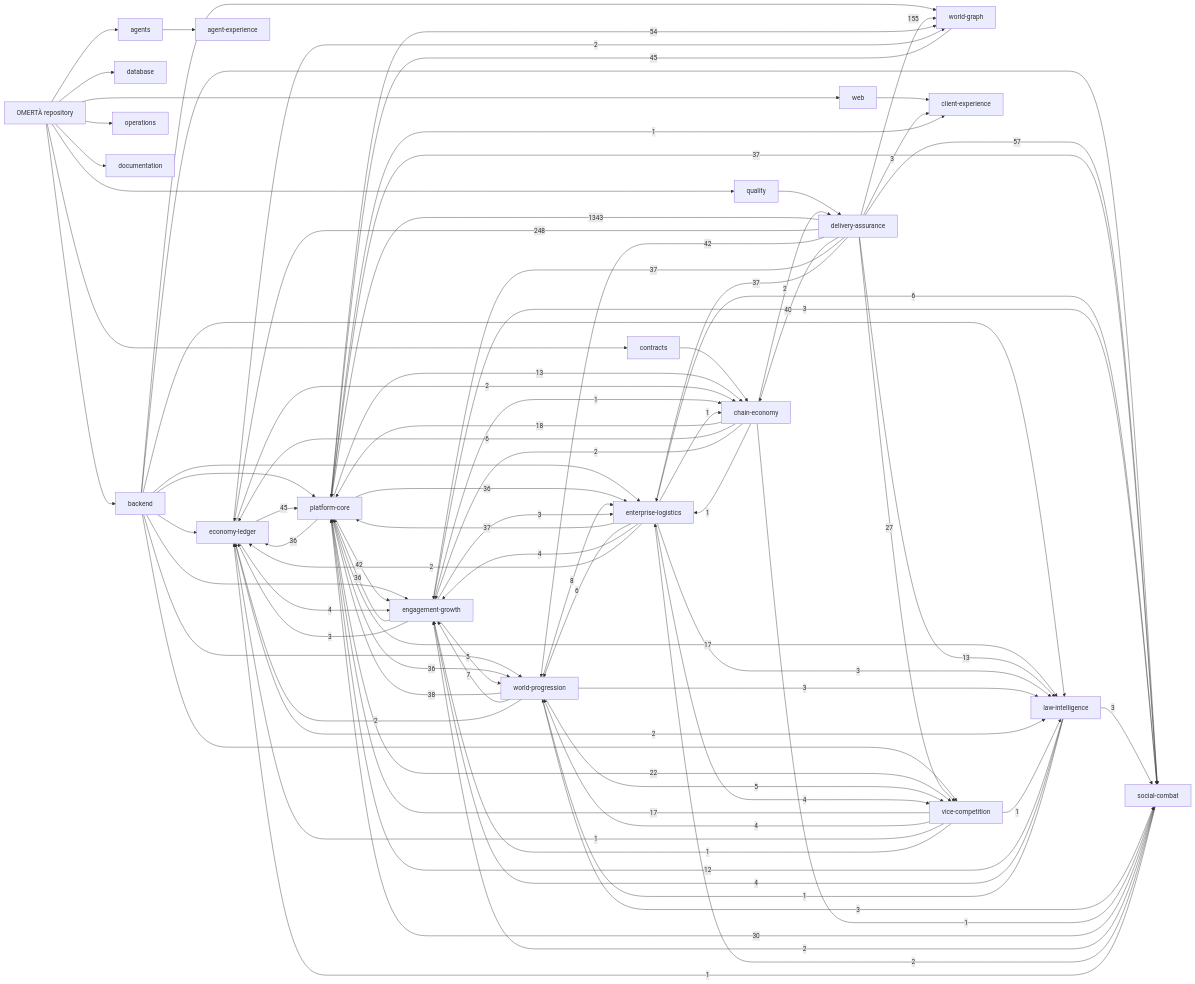
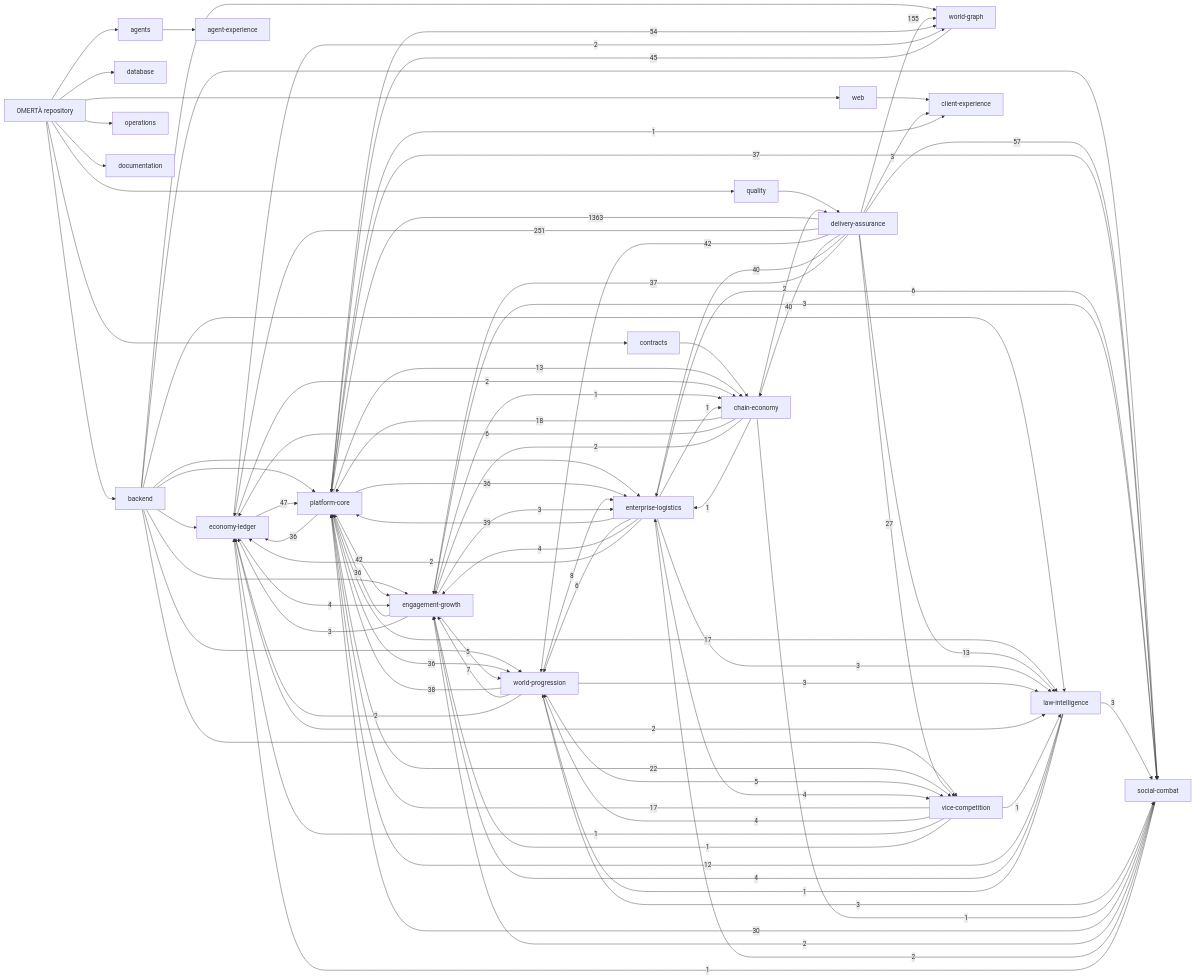
Before and after one commit to OmertaDev/Omerta: the diagram in knowledge/generated/graph.mmd, drawn with Mermaid. The commit also changed 8 other files, not shown here.

```diff
--- a/knowledge/generated/graph.mmd
+++ b/knowledge/generated/graph.mmd
@@ -1,111 +1,111 @@
 flowchart LR
   repo["OMERTÀ repository"]
   sub_backend["backend"]
   repo --> sub_backend
   sub_database["database"]
   repo --> sub_database
   sub_web["web"]
   repo --> sub_web
   sub_contracts["contracts"]
   repo --> sub_contracts
   sub_agents["agents"]
   repo --> sub_agents
   sub_quality["quality"]
   repo --> sub_quality
   sub_operations["operations"]
   repo --> sub_operations
   sub_documentation["documentation"]
   repo --> sub_documentation
   dom_platform-core["platform-core"]
   dom_economy-ledger["economy-ledger"]
   dom_social-combat["social-combat"]
   dom_world-progression["world-progression"]
   dom_world-graph["world-graph"]
   dom_enterprise-logistics["enterprise-logistics"]
   dom_vice-competition["vice-competition"]
   dom_law-intelligence["law-intelligence"]
   dom_chain-economy["chain-economy"]
   dom_engagement-growth["engagement-growth"]
   dom_client-experience["client-experience"]
   dom_agent-experience["agent-experience"]
   dom_delivery-assurance["delivery-assurance"]
   sub_agents --> dom_agent-experience
   sub_backend --> dom_economy-ledger
   sub_backend --> dom_engagement-growth
   sub_backend --> dom_enterprise-logistics
   sub_backend --> dom_law-intelligence
   sub_backend --> dom_platform-core
   sub_backend --> dom_social-combat
   sub_backend --> dom_vice-competition
   sub_backend --> dom_world-graph
   sub_backend --> dom_world-progression
   sub_contracts --> dom_chain-economy
   sub_quality --> dom_delivery-assurance
   sub_web --> dom_client-experience
-  dom_delivery-assurance -->|1343| dom_platform-core
-  dom_delivery-assurance -->|248| dom_economy-ledger
+  dom_delivery-assurance -->|1363| dom_platform-core
+  dom_delivery-assurance -->|251| dom_economy-ledger
   dom_delivery-assurance -->|155| dom_world-graph
   dom_delivery-assurance -->|57| dom_social-combat
   dom_platform-core -->|54| dom_world-graph
-  dom_economy-ledger -->|45| dom_platform-core
+  dom_economy-ledger -->|47| dom_platform-core
   dom_world-graph -->|45| dom_platform-core
   dom_delivery-assurance -->|42| dom_world-progression
   dom_platform-core -->|42| dom_engagement-growth
   dom_delivery-assurance -->|40| dom_chain-economy
+  dom_delivery-assurance -->|40| dom_enterprise-logistics
+  dom_enterprise-logistics -->|39| dom_platform-core
   dom_world-progression -->|38| dom_platform-core
   dom_delivery-assurance -->|37| dom_engagement-growth
-  dom_delivery-assurance -->|37| dom_enterprise-logistics
-  dom_enterprise-logistics -->|37| dom_platform-core
   dom_platform-core -->|37| dom_social-combat
   dom_engagement-growth -->|36| dom_platform-core
   dom_platform-core -->|36| dom_economy-ledger
   dom_platform-core -->|36| dom_enterprise-logistics
   dom_platform-core -->|36| dom_world-progression
   dom_social-combat -->|30| dom_platform-core
   dom_delivery-assurance -->|27| dom_vice-competition
   dom_platform-core -->|22| dom_vice-competition
   dom_chain-economy -->|18| dom_platform-core
   dom_platform-core -->|17| dom_law-intelligence
   dom_vice-competition -->|17| dom_platform-core
   dom_delivery-assurance -->|13| dom_law-intelligence
   dom_platform-core -->|13| dom_chain-economy
   dom_law-intelligence -->|12| dom_platform-core
   dom_world-progression -->|8| dom_enterprise-logistics
   dom_world-progression -->|7| dom_engagement-growth
   dom_chain-economy -->|6| dom_economy-ledger
   dom_enterprise-logistics -->|6| dom_social-combat
   dom_enterprise-logistics -->|6| dom_world-progression
   dom_engagement-growth -->|5| dom_world-progression
   dom_world-progression -->|5| dom_vice-competition
   dom_economy-ledger -->|4| dom_engagement-growth
   dom_enterprise-logistics -->|4| dom_engagement-growth
   dom_enterprise-logistics -->|4| dom_vice-competition
   dom_law-intelligence -->|4| dom_engagement-growth
   dom_vice-competition -->|4| dom_world-progression
   dom_delivery-assurance -->|3| dom_client-experience
   dom_engagement-growth -->|3| dom_economy-ledger
   dom_engagement-growth -->|3| dom_enterprise-logistics
   dom_engagement-growth -->|3| dom_social-combat
   dom_enterprise-logistics -->|3| dom_law-intelligence
   dom_law-intelligence -->|3| dom_social-combat
   dom_world-progression -->|3| dom_law-intelligence
   dom_world-progression -->|3| dom_social-combat
   dom_chain-economy -->|2| dom_delivery-assurance
   dom_chain-economy -->|2| dom_engagement-growth
   dom_economy-ledger -->|2| dom_chain-economy
   dom_economy-ledger -->|2| dom_law-intelligence
   dom_economy-ledger -->|2| dom_world-graph
   dom_enterprise-logistics -->|2| dom_economy-ledger
   dom_social-combat -->|2| dom_engagement-growth
   dom_social-combat -->|2| dom_enterprise-logistics
   dom_world-progression -->|2| dom_economy-ledger
   dom_chain-economy -->|1| dom_enterprise-logistics
   dom_chain-economy -->|1| dom_social-combat
   dom_engagement-growth -->|1| dom_chain-economy
   dom_enterprise-logistics -->|1| dom_chain-economy
   dom_law-intelligence -->|1| dom_world-progression
   dom_platform-core -->|1| dom_client-experience
   dom_social-combat -->|1| dom_economy-ledger
   dom_vice-competition -->|1| dom_economy-ledger
   dom_vice-competition -->|1| dom_engagement-growth
   dom_vice-competition -->|1| dom_law-intelligence
```
